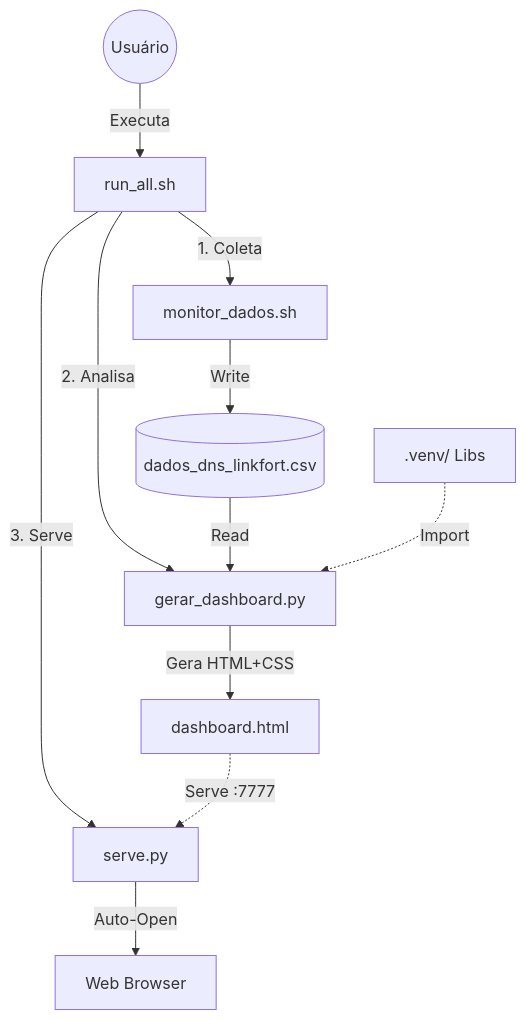
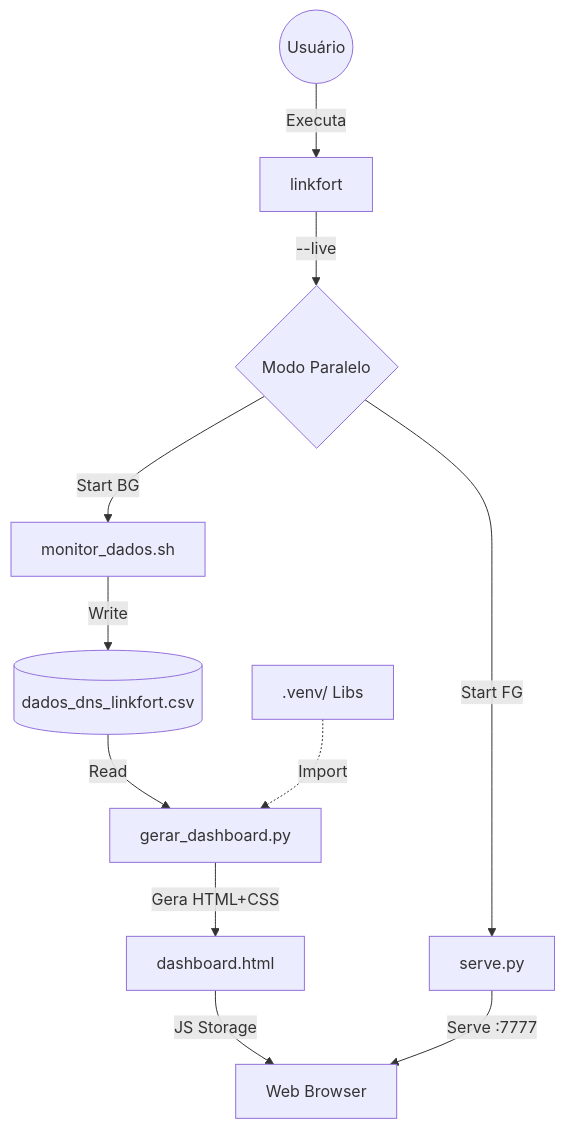
The diagram in linkfort/ARQUITETURA.md (Gerson-Santiago/scriptbash), drawn with Mermaid before and after one commit. The commit also changed other lines of this file and 8 other files, not shown here.

Commit message:
feat(v3.4): Botão Live, CLI unificada (linkfort) e docs atualizados

````diff
--- a/linkfort/ARQUITETURA.md
+++ b/linkfort/ARQUITETURA.md
@@ -7,34 +7,35 @@
 ```mermaid
 graph TD
     %% Nós de Entrada e Configuração
     User((Usuário))
-    Orchestrator[run_all.sh]
+    CLI[linkfort]
     
     %% Camada de Coleta
     Monitor[monitor_dados.sh]
     RawData[(dados_dns_linkfort.csv)]
     
     %% Camada de Processamento
     Analyzer[gerar_dashboard.py]
     Venv[.venv/ Libs]
     
     %% Camada de Servidor
     Server[serve.py]
     Browser[Web Browser]
     
     %% Fluxo
-    User -->|Executa| Orchestrator
+    User -->|Executa| CLI
     
-    Orchestrator -->|1. Coleta| Monitor
+    CLI -->|--live| Parallel{Modo Paralelo}
+    Parallel -->|Start BG| Monitor
+    Parallel -->|Start FG| Server
+    
     Monitor -->|Write| RawData
     
-    Orchestrator -->|2. Analisa| Analyzer
     RawData -->|Read| Analyzer
     Venv -.->|Import| Analyzer
     
     Analyzer -->|Gera HTML+CSS| Dashboard[dashboard.html]
+    Dashboard -->|JS Storage| Browser
     
-    Orchestrator -->|3. Serve| Server
-    Dashboard -.->|Serve :7777| Server
-    Server -->|Auto-Open| Browser
+    Server -->|Serve :7777| Browser
 ```
````
